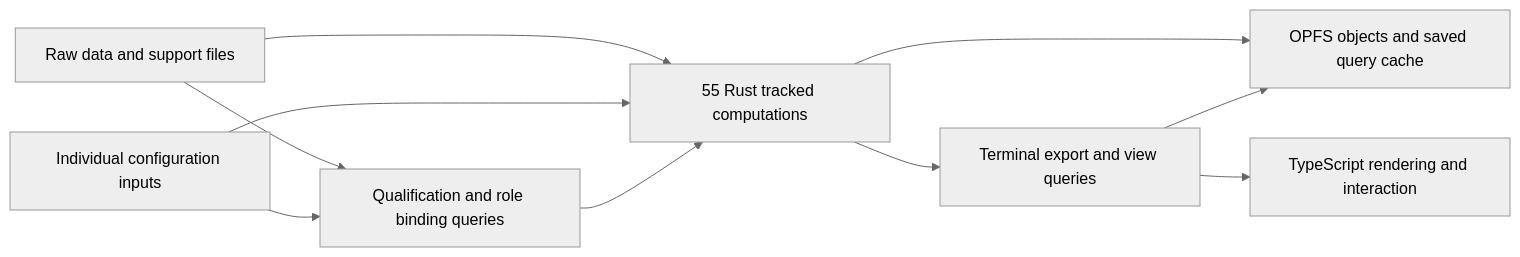
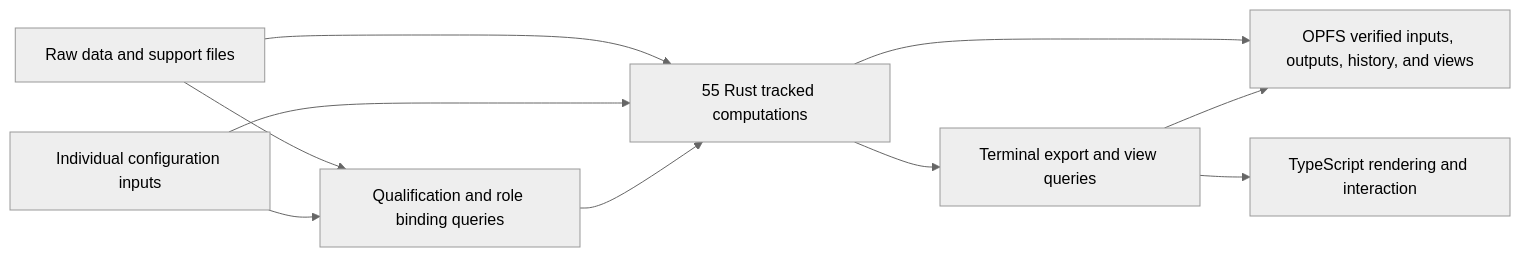
The diagram in docs/semantic-federation/55-step-incremental-rust-plan.md (uzaira0/chronicle-android-raw-data-preprocessing-app), drawn with Mermaid (neutral theme) before and after one commit. The commit also changed other lines of this file and 193 other files, not shown here.

````diff
--- a/docs/semantic-federation/55-step-incremental-rust-plan.md
+++ b/docs/semantic-federation/55-step-incremental-rust-plan.md
@@ -114,20 +114,20 @@
 ```mermaid
 flowchart LR
     D["Raw data and support files"]
     C["Individual configuration inputs"]
     Q["Qualification and role binding queries"]
     S["55 Rust tracked computations"]
     T["Terminal export and view queries"]
-    O["OPFS objects and saved query cache"]
+    O["OPFS verified inputs, outputs, history, and views"]
     U["TypeScript rendering and interaction"]
 
     D --> Q
     C --> Q
     D --> S
     C --> S
     Q --> S
     S --> T
     S --> O
     T --> O
     T --> U
 ```
````
